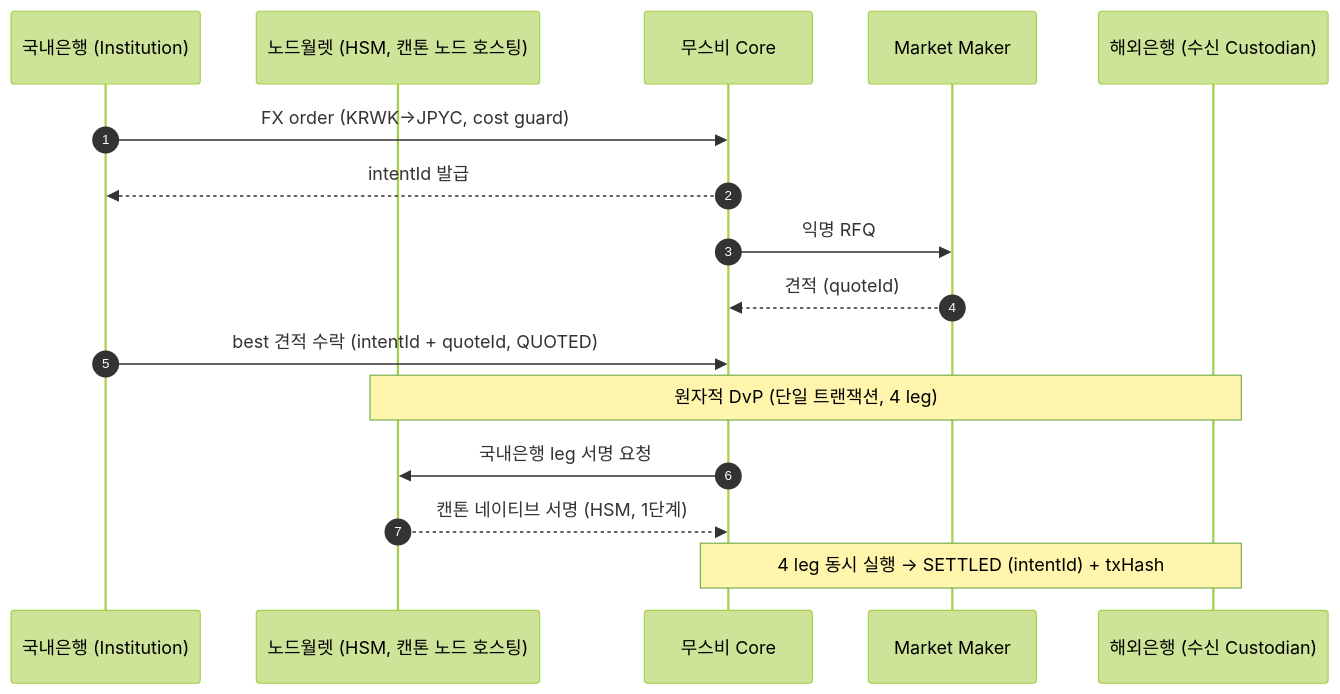
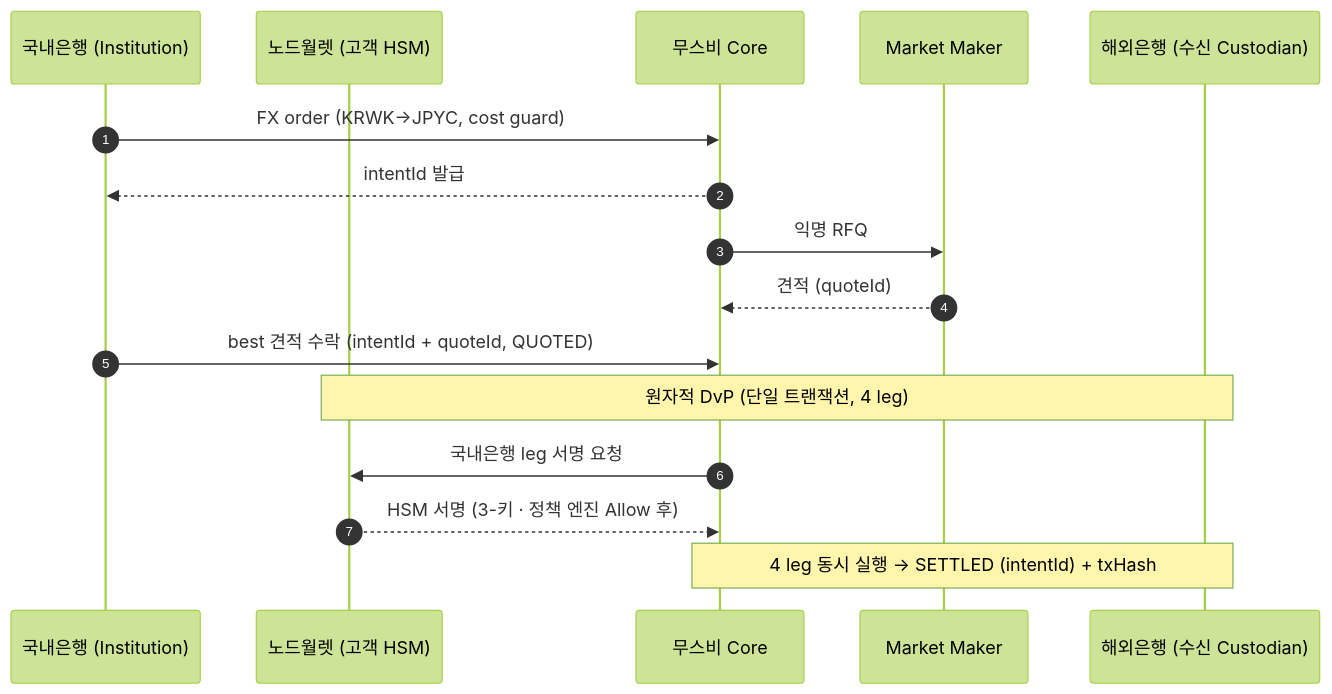
The first of 2 diagrams in dev/docs/poc/wallet-comparison.md (eunsujeo/canton-docs), drawn with Mermaid (forest theme) before and after one commit. The commit also changed other lines of this file and 6 other files, not shown here.

````diff
--- a/dev/docs/poc/wallet-comparison.md
+++ b/dev/docs/poc/wallet-comparison.md
@@ -38,18 +49,18 @@
 ```mermaid
 sequenceDiagram
     autonumber
     participant I as 국내은행 (Institution)
-    participant W as 노드월렛 (HSM, 캔톤 노드 호스팅)
+    participant W as 노드월렛 (고객 HSM)
     participant V as 무스비 Core
     participant MM as Market Maker
     participant RC as 해외은행 (수신 Custodian)
     I->>V: FX order (KRWK→JPYC, cost guard)
     V-->>I: intentId 발급
     V->>MM: 익명 RFQ
     MM-->>V: 견적 (quoteId)
     I->>V: best 견적 수락 (intentId + quoteId, QUOTED)
     Note over W,RC: 원자적 DvP (단일 트랜잭션, 4 leg)
     V->>W: 국내은행 leg 서명 요청
-    W-->>V: 캔톤 네이티브 서명 (HSM, 1단계)
+    W-->>V: HSM 서명 (3-키 · 정책 엔진 Allow 후)
     Note over V,RC: 4 leg 동시 실행 → SETTLED (intentId) + txHash
 ```
````
